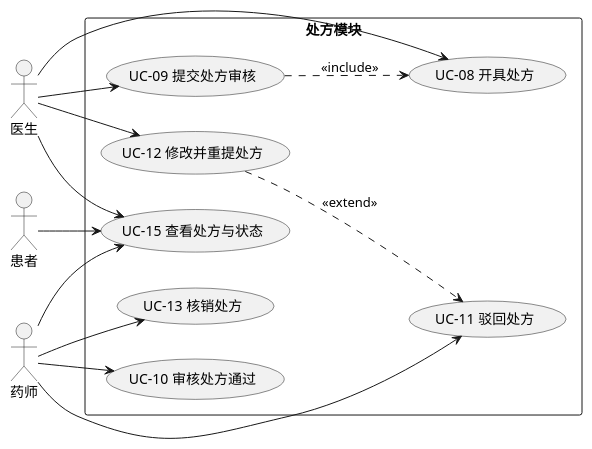
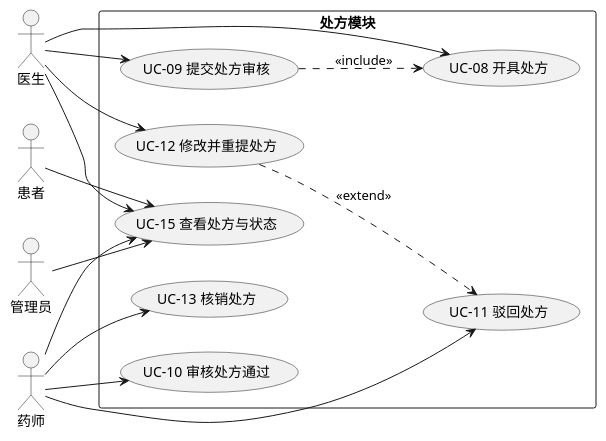
Before and after one commit to RefuseIOT/MedicinePlatform: the diagram in docs/diagrams/use-case-prescription.puml, drawn with PlantUML. The commit also changed 3 other files, not shown here.

```diff
--- a/docs/diagrams/use-case-prescription.puml
+++ b/docs/diagrams/use-case-prescription.puml
@@ -1,33 +1,36 @@
 @startuml 处方模块用例图
 left to right direction
 skinparam packageStyle rectangle
 
 actor "医生" as D
 actor "药师" as PH
 actor "患者" as P
+actor "管理员" as A
 
 rectangle "处方模块" {
   usecase "UC-08 开具处方" as UC08
   usecase "UC-09 提交处方审核" as UC09
   usecase "UC-10 审核处方通过" as UC10
   usecase "UC-11 驳回处方" as UC11
   usecase "UC-12 修改并重提处方" as UC12
   usecase "UC-13 核销处方" as UC13
   usecase "UC-15 查看处方与状态" as UC15
 }
 
 D --> UC08
 D --> UC09
 D --> UC12
 D --> UC15
 
 PH --> UC10
 PH --> UC11
 PH --> UC13
 PH --> UC15
 
 P --> UC15
 
+A --> UC15
+
 UC09 ..> UC08 : <<include>>
 UC12 ..> UC11 : <<extend>>
 @enduml
```
